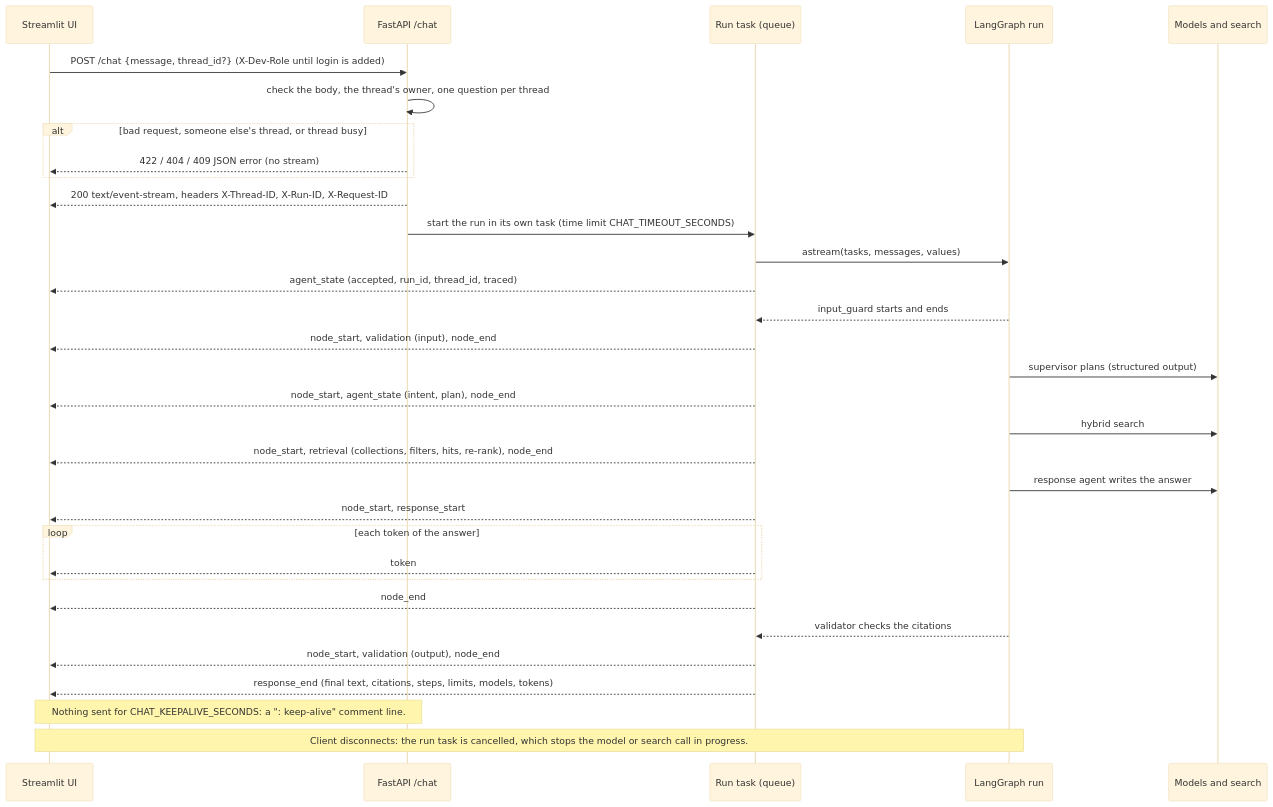
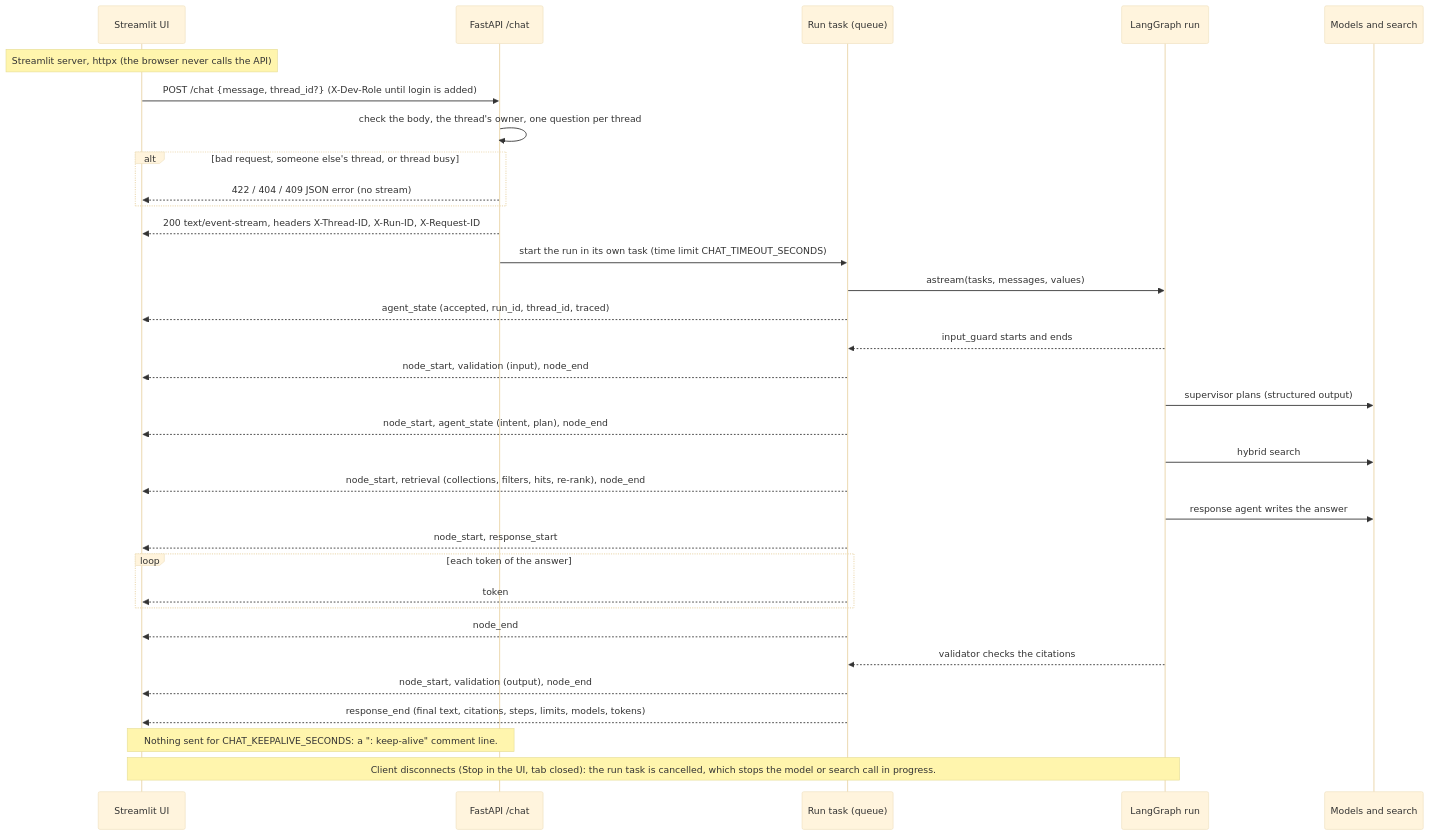
The diagram in docs/architecture/09-streaming-events.md (madukawala/enterprise-knowledge-agent), drawn with Mermaid (base theme) before and after one commit. The commit also changed other lines of this file and 34 other files, not shown here.

````diff
--- a/docs/architecture/09-streaming-events.md
+++ b/docs/architecture/09-streaming-events.md
@@ -7,35 +7,36 @@
 ```mermaid
 sequenceDiagram
     participant U as Streamlit UI
     participant A as FastAPI /chat
     participant Q as Run task (queue)
     participant G as LangGraph run
     participant T as Models and search
 
+    Note over U: Streamlit server, httpx (the browser never calls the API)
     U->>A: POST /chat {message, thread_id?} (X-Dev-Role until login is added)
     A->>A: check the body, the thread's owner, one question per thread
     alt bad request, someone else's thread, or thread busy
         A-->>U: 422 / 404 / 409 JSON error (no stream)
     end
     A-->>U: 200 text/event-stream, headers X-Thread-ID, X-Run-ID, X-Request-ID
     A->>Q: start the run in its own task (time limit CHAT_TIMEOUT_SECONDS)
     Q->>G: astream(tasks, messages, values)
     Q-->>U: agent_state (accepted, run_id, thread_id, traced)
     G-->>Q: input_guard starts and ends
     Q-->>U: node_start, validation (input), node_end
     G->>T: supervisor plans (structured output)
     Q-->>U: node_start, agent_state (intent, plan), node_end
     G->>T: hybrid search
     Q-->>U: node_start, retrieval (collections, filters, hits, re-rank), node_end
     G->>T: response agent writes the answer
     Q-->>U: node_start, response_start
     loop each token of the answer
         Q-->>U: token
     end
     Q-->>U: node_end
     G-->>Q: validator checks the citations
     Q-->>U: node_start, validation (output), node_end
     Q-->>U: response_end (final text, citations, steps, limits, models, tokens)
     Note over A,U: Nothing sent for CHAT_KEEPALIVE_SECONDS: a ": keep-alive" comment line.
-    Note over U,G: Client disconnects: the run task is cancelled, which stops the model or search call in progress.
+    Note over U,G: Client disconnects (Stop in the UI, tab closed): the run task is cancelled, which stops the model or search call in progress.
 ```
````
